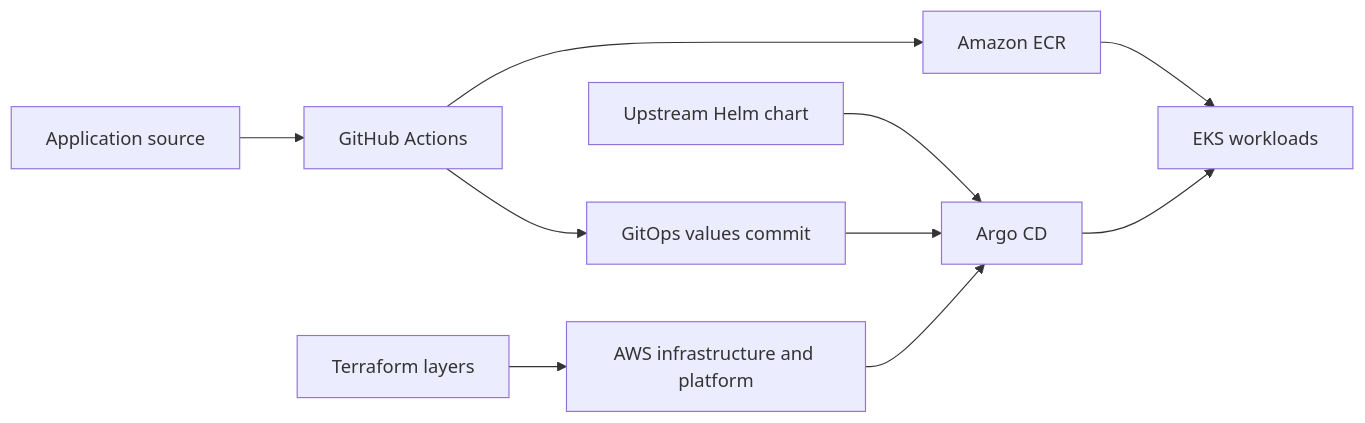
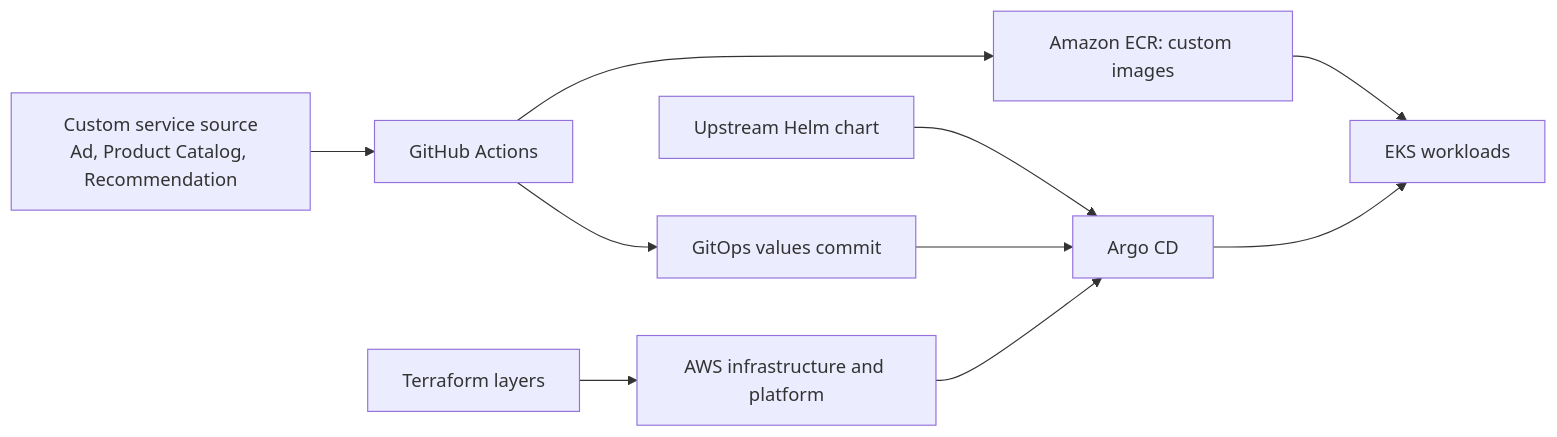
The diagram in README.md (lackito/otel-demo-infra-aws), drawn with Mermaid before and after one commit. The commit also changed other lines of this file, not shown here.

````diff
--- a/README.md
+++ b/README.md
@@ -15,12 +20,12 @@
 ```mermaid
 flowchart LR
-    A[Application source] --> B[GitHub Actions]
-    B --> C[Amazon ECR]
+    A["Custom service source<br/>Ad, Product Catalog, Recommendation"] --> B[GitHub Actions]
+    B --> C["Amazon ECR: custom images"]
     B --> D[GitOps values commit]
     D --> E[Argo CD]
     H[Upstream Helm chart] --> E
     E --> F[EKS workloads]
     C --> F
     T[Terraform layers] --> G[AWS infrastructure and platform]
     G --> E
 ```
````
